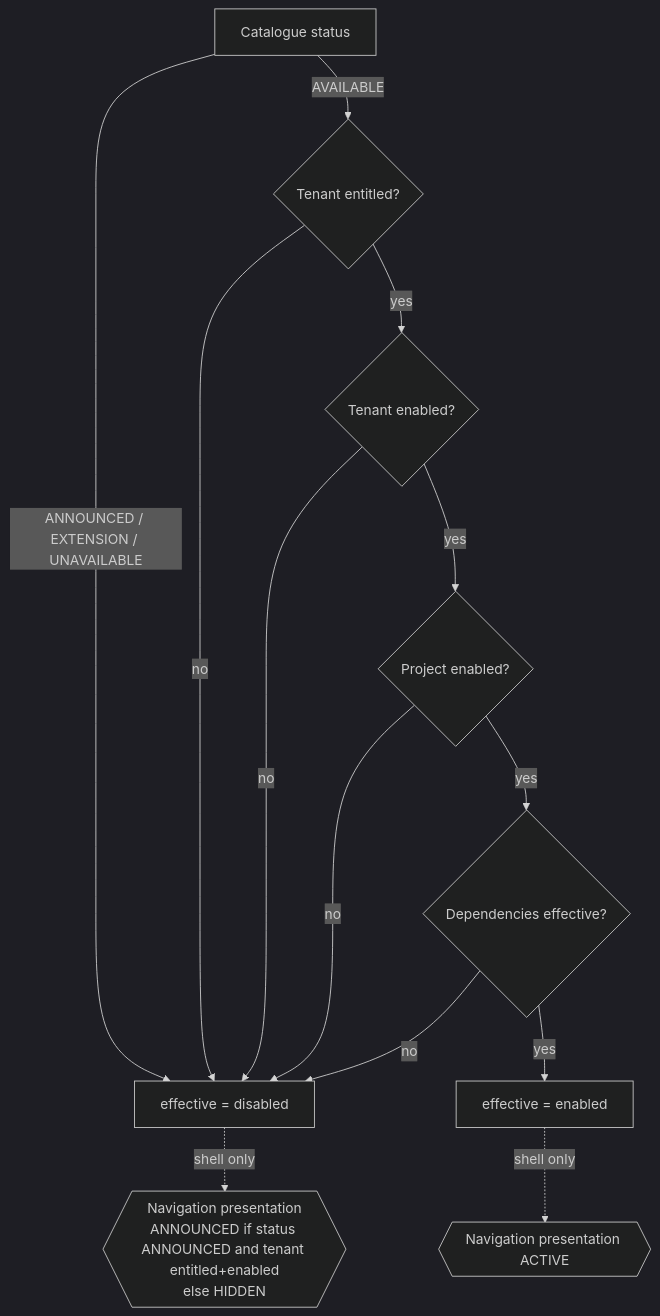
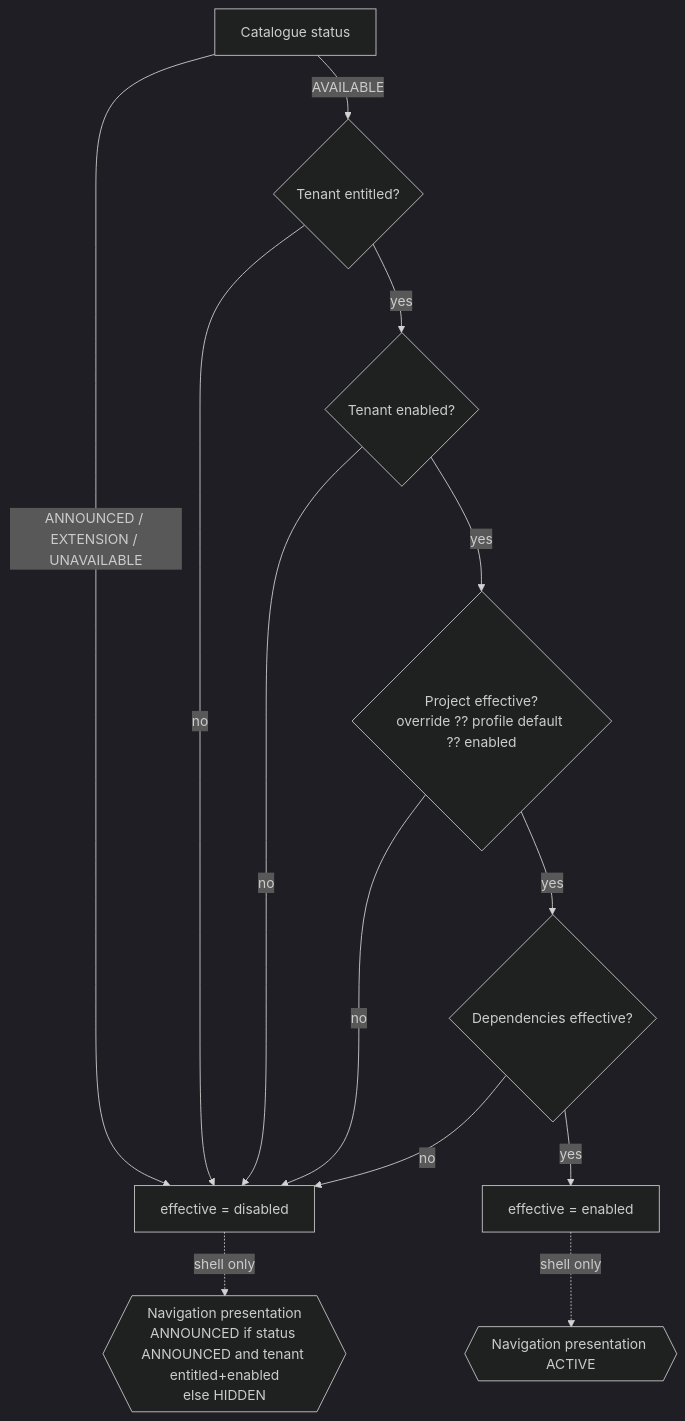
Before and after one commit to georgenton/eia-studio: the diagram in docs/FEATURES.md, drawn with Mermaid (dark theme). The commit also changed other lines of this file and 9 other files, not shown here.

````diff
--- a/docs/FEATURES.md
+++ b/docs/FEATURES.md
@@ -96,15 +120,15 @@
 ```mermaid
 flowchart TD
   C[Catalogue status] -->|AVAILABLE| E1{Tenant entitled?}
   C -->|ANNOUNCED / EXTENSION / UNAVAILABLE| D[effective = disabled]
   E1 -->|no| D
   E1 -->|yes| E2{Tenant enabled?}
   E2 -->|no| D
-  E2 -->|yes| E3{Project enabled?}
+  E2 -->|yes| E3{Project effective?<br/>override ?? profile default ?? enabled}
   E3 -->|no| D
   E3 -->|yes| E4{Dependencies effective?}
   E4 -->|no| D
   E4 -->|yes| EN[effective = enabled]
   D -. shell only .-> P{{Navigation presentation<br/>ANNOUNCED if status ANNOUNCED and tenant entitled+enabled<br/>else HIDDEN}}
   EN -. shell only .-> PA{{Navigation presentation ACTIVE}}
 ```
````
